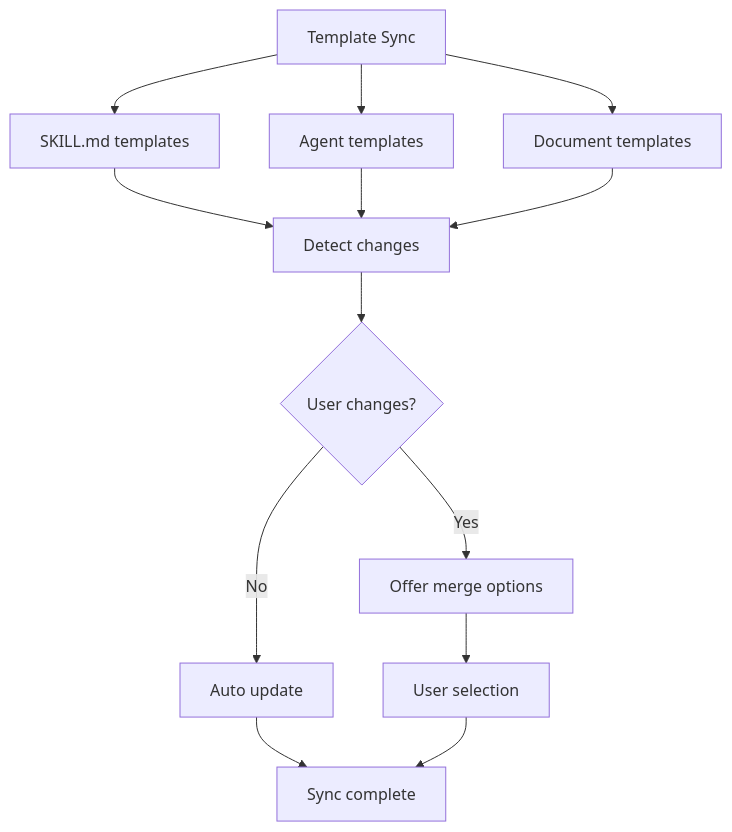
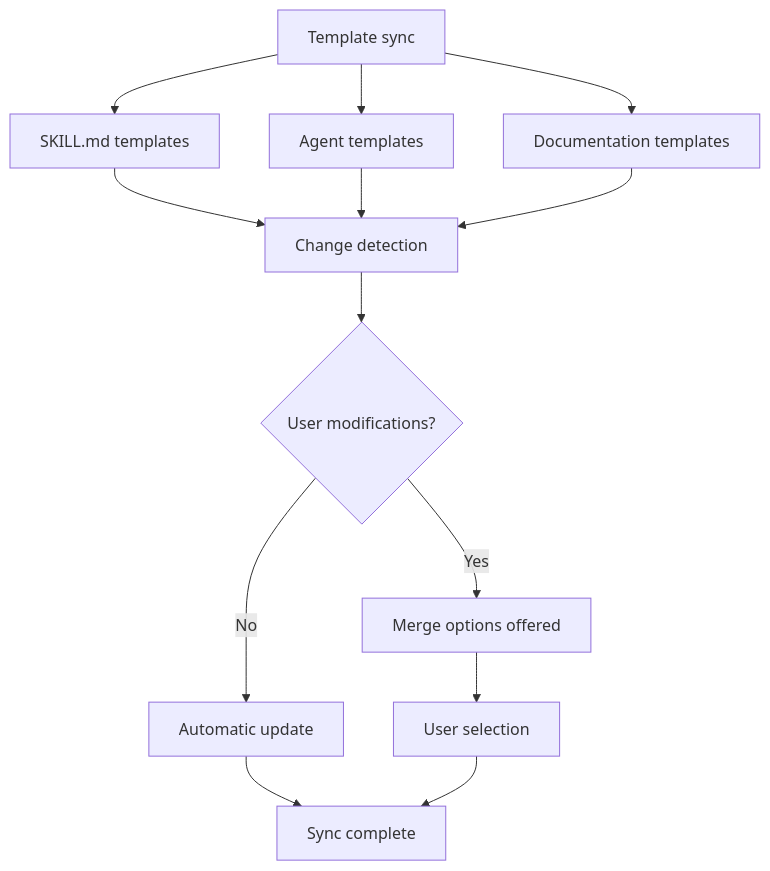
The third of 3 diagrams in docs-site/content/en/getting-started/update.md (modu-ai/moai-adk), drawn with Mermaid before and after one commit. The commit also changed other lines of this file and 395 other files, not shown here.

````diff
--- a/docs-site/content/en/getting-started/update.md
+++ b/docs-site/content/en/getting-started/update.md
@@ -166,19 +166,19 @@
 ```mermaid
 graph TD
-    A[Template Sync] --> B[SKILL.md templates]
+    A[Template sync] --> B[SKILL.md templates]
     A --> C[Agent templates]
-    A --> D[Document templates]
+    A --> D[Documentation templates]
 
-    B --> E[Detect changes]
+    B --> E[Change detection]
     C --> E
     D --> E
 
-    E --> F{User changes?}
+    E --> F{User modifications?}
 
-    F -->|No| G[Auto update]
-    F -->|Yes| H[Offer merge options]
+    F -->|No| G[Automatic update]
+    F -->|Yes| H[Merge options offered]
 
     G --> I[Sync complete]
     H --> J[User selection]
     J --> I
 ```
````
